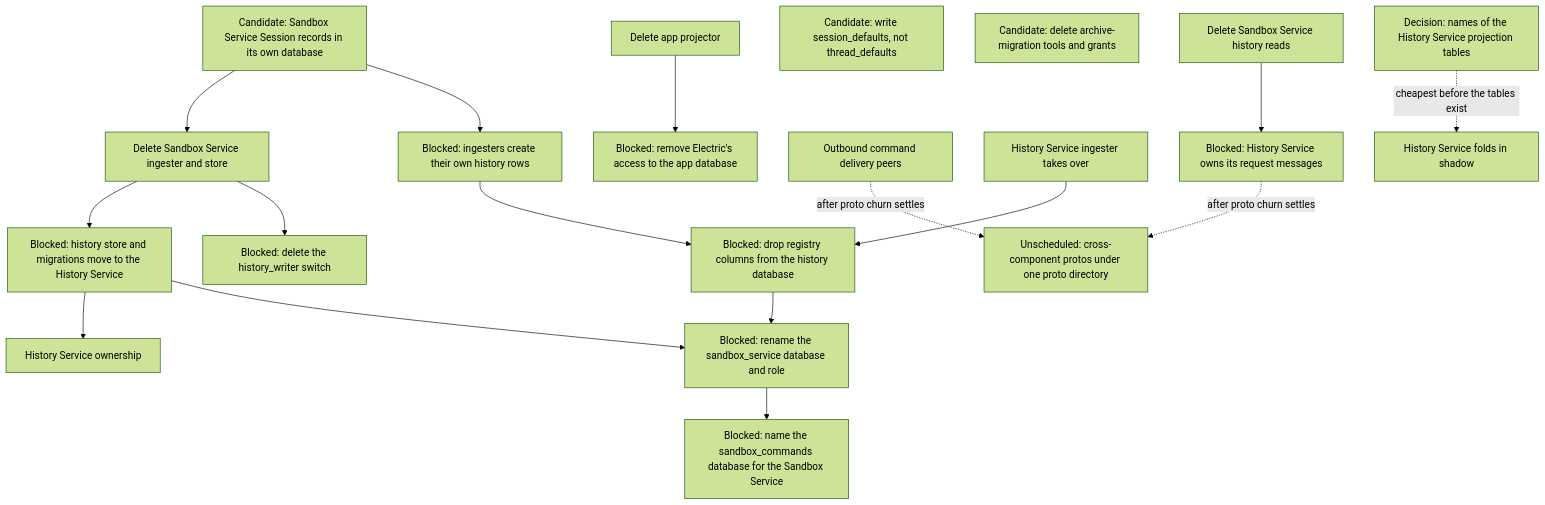
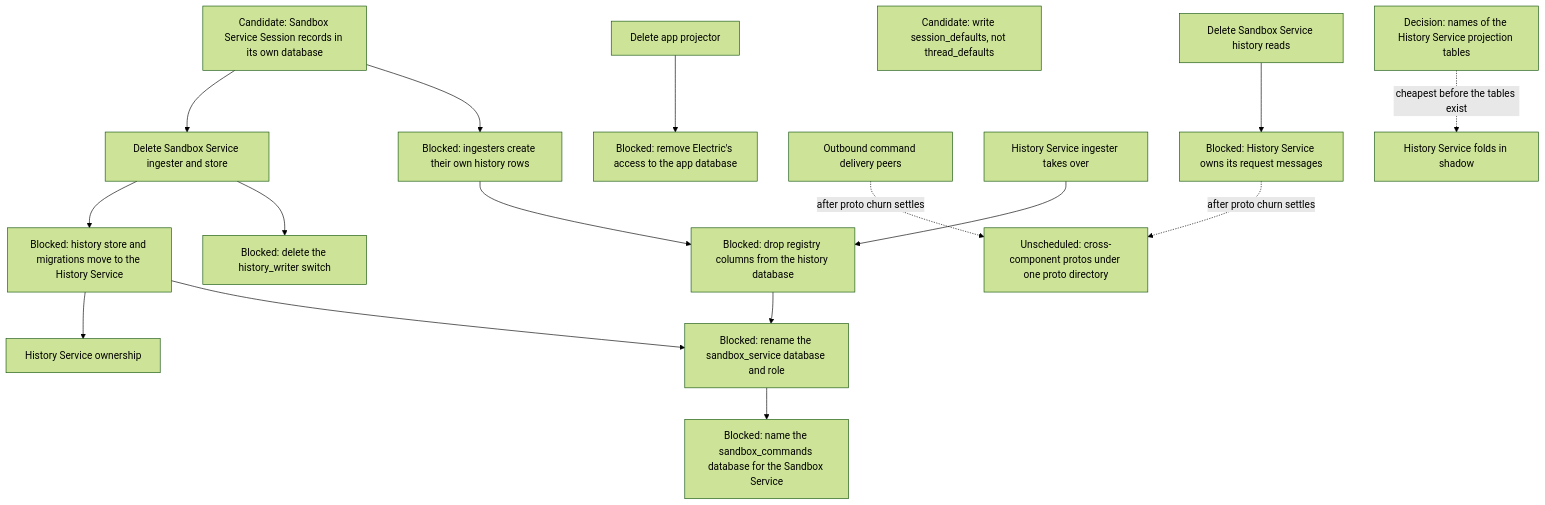
Before and after one commit to agentydragon-agent/ducktape: the tenth of 10 diagrams in agentplane/plans/task_dag.md, drawn with Mermaid (forest theme). The commit also changed other lines of this file and 4 other files, not shown here.

````diff
--- a/agentplane/plans/task_dag.md
+++ b/agentplane/plans/task_dag.md
@@ -963,38 +963,37 @@
 ```mermaid
 flowchart TD
     SESSION_REGISTRY_MOVE[Candidate: Sandbox Service Session records in its own database]
     SESSION_HISTORY_ROW_FROM_FEED[Blocked: ingesters create their own history rows]
     HISTORY_SESSION_COLUMNS_DROP[Blocked: drop registry columns from the history database]
     HISTORY_STORE_MOVE[Blocked: history store and migrations move to the History Service]
     HISTORY_WRITER_SWITCH_RETIRE[Blocked: delete the history_writer switch]
     HISTORY_DATABASE_RENAME[Blocked: rename the sandbox_service database and role]
     SANDBOX_DATABASE_RENAME[Blocked: name the sandbox_commands database for the Sandbox Service]
     HISTORY_PROTO_OWNERSHIP[Blocked: History Service owns its request messages]
     HISTORY_PROJECTION_NAMING[Decision: names of the History Service projection tables]
     APP_ELECTRIC_RETIRE[Blocked: remove Electric's access to the app database]
     SANDBOX_BINDING_ANNOTATION_RENAME[Candidate: write session_defaults, not thread_defaults]
-    MIGRATION_TOOLING_RETIRE[Candidate: delete archive-migration tools and grants]
     PROTO_DIRECTORY[Unscheduled: cross-component protos under one proto directory]
     RUNNER_OUTBOUND_CHANNEL[Outbound command delivery peers]
     HISTORY_WRITE_HANDOFF[History Service ingester takes over]
     SANDBOX_HISTORY_READS_RETIRE[Delete Sandbox Service history reads]
     SANDBOX_LOCAL_HISTORY_RETIRE[Delete Sandbox Service ingester and store]
     FOLD_SHADOW[History Service folds in shadow]
     APP_PROJECTOR_RETIRE[Delete app projector]
     HISTORY_SERVICE_OWNERSHIP[History Service ownership]
     SESSION_REGISTRY_MOVE --> SANDBOX_LOCAL_HISTORY_RETIRE
     SESSION_REGISTRY_MOVE --> SESSION_HISTORY_ROW_FROM_FEED
     SESSION_HISTORY_ROW_FROM_FEED --> HISTORY_SESSION_COLUMNS_DROP
     HISTORY_WRITE_HANDOFF --> HISTORY_SESSION_COLUMNS_DROP
     SANDBOX_LOCAL_HISTORY_RETIRE --> HISTORY_STORE_MOVE
     SANDBOX_LOCAL_HISTORY_RETIRE --> HISTORY_WRITER_SWITCH_RETIRE
     HISTORY_STORE_MOVE --> HISTORY_SERVICE_OWNERSHIP
     HISTORY_STORE_MOVE --> HISTORY_DATABASE_RENAME
     HISTORY_SESSION_COLUMNS_DROP --> HISTORY_DATABASE_RENAME
     HISTORY_DATABASE_RENAME --> SANDBOX_DATABASE_RENAME
     SANDBOX_HISTORY_READS_RETIRE --> HISTORY_PROTO_OWNERSHIP
     HISTORY_PROJECTION_NAMING -. cheapest before the tables exist .-> FOLD_SHADOW
     APP_PROJECTOR_RETIRE --> APP_ELECTRIC_RETIRE
     HISTORY_PROTO_OWNERSHIP -. after proto churn settles .-> PROTO_DIRECTORY
     RUNNER_OUTBOUND_CHANNEL -. after proto churn settles .-> PROTO_DIRECTORY
 ```
````
